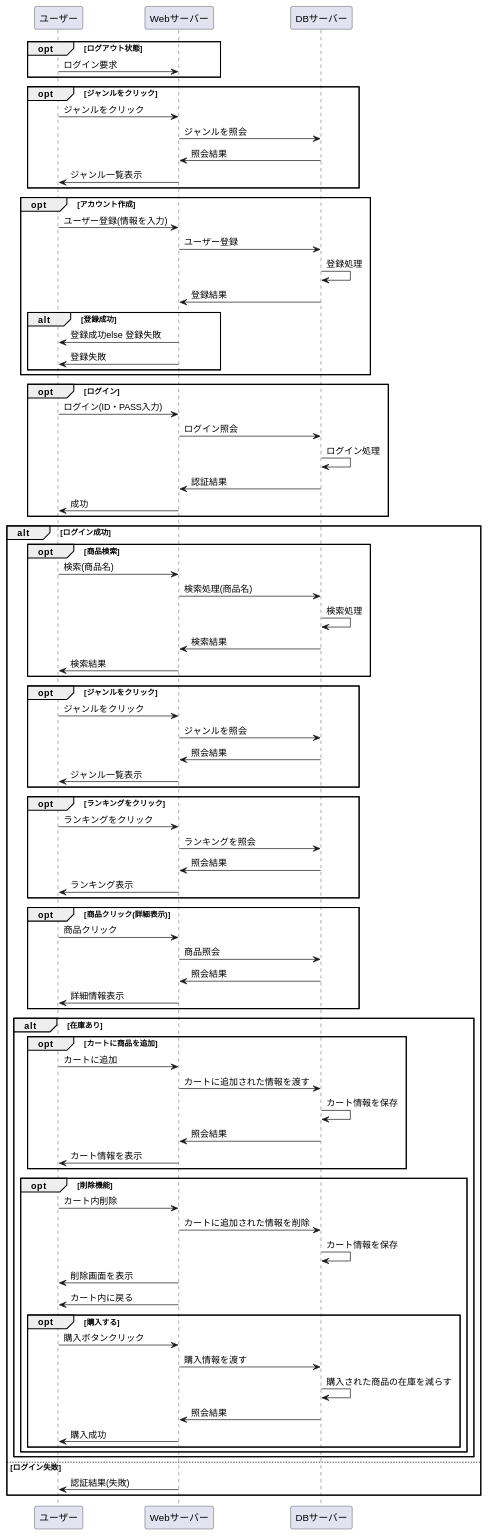
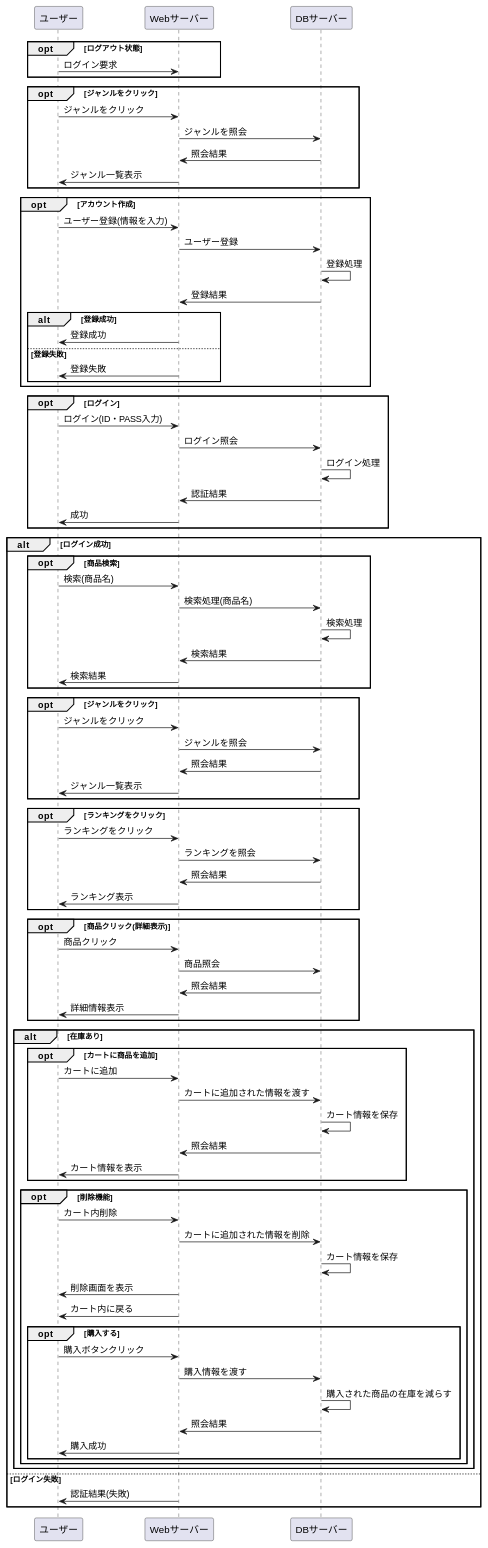
The diagram in stationary/業務フロー/kari1.md (Aso2001154/2021sys-design), drawn with PlantUML before and after one commit.

```diff
--- a/stationary/業務フロー/kari1.md
+++ b/stationary/業務フロー/kari1.md
@@ -19,7 +19,8 @@
 DBサーバー -> DBサーバー : 登録処理
 DBサーバー -> Webサーバー : 登録結果
 alt 登録成功
-Webサーバー -> ユーザー : 登録成功else 登録失敗
+Webサーバー -> ユーザー : 登録成功
+else 登録失敗
 Webサーバー -> ユーザー : 登録失敗
 end
 end
```
